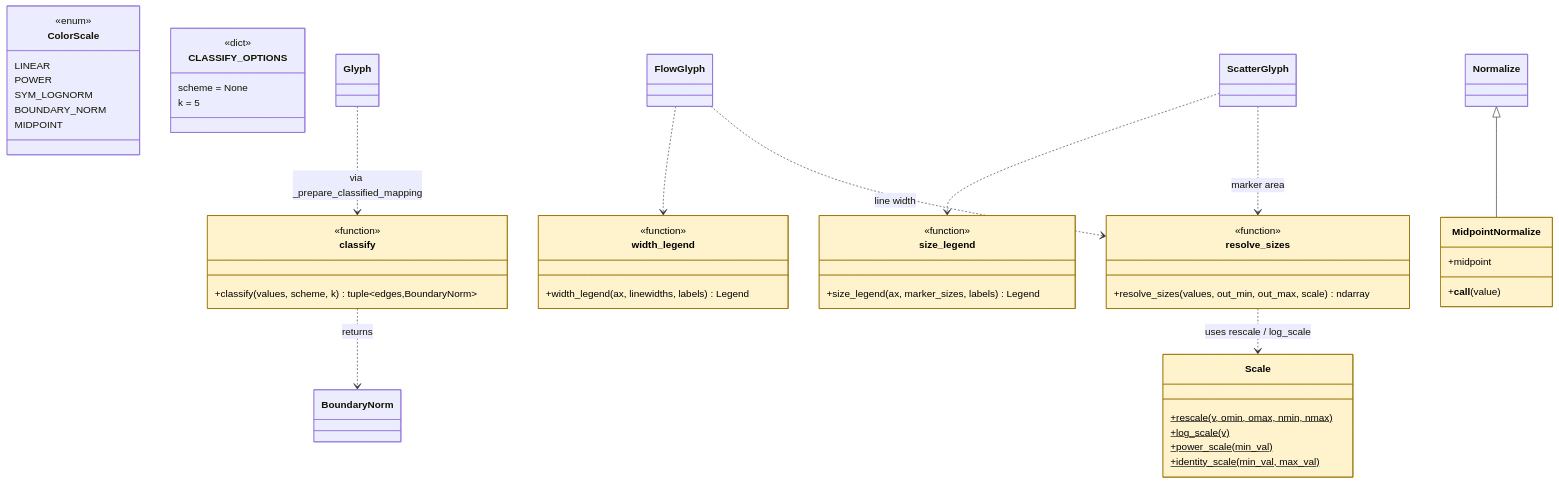
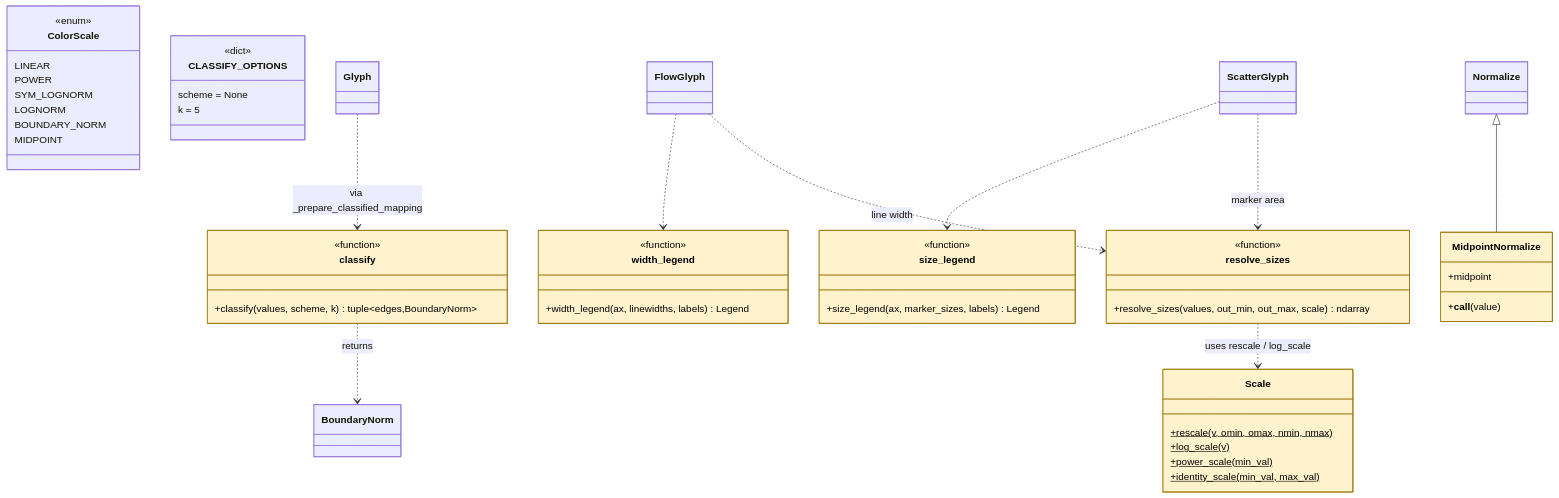
The third of 5 diagrams in docs/diagrams/glyph-architecture.md (serapeum-org/cleopatra), drawn with Mermaid before and after one commit. The commit also changed 14 other files, not shown here.

````diff
--- a/docs/diagrams/glyph-architecture.md
+++ b/docs/diagrams/glyph-architecture.md
@@ -184,58 +184,59 @@
 ```mermaid
 classDiagram
     class classify {
         <<function>>
         +classify(values, scheme, k) tuple~edges,BoundaryNorm~
     }
     class resolve_sizes {
         <<function>>
         +resolve_sizes(values, out_min, out_max, scale) ndarray
     }
     class size_legend {
         <<function>>
         +size_legend(ax, marker_sizes, labels) Legend
     }
     class width_legend {
         <<function>>
         +width_legend(ax, linewidths, labels) Legend
     }
     class Scale {
         +rescale(v, omin, omax, nmin, nmax)$
         +log_scale(v)$
         +power_scale(min_val)$
         +identity_scale(min_val, max_val)$
     }
     class MidpointNormalize {
         +midpoint
         +__call__(value)
     }
     class ColorScale {
         <<enum>>
         LINEAR
         POWER
         SYM_LOGNORM
+        LOGNORM
         BOUNDARY_NORM
         MIDPOINT
     }
     class CLASSIFY_OPTIONS {
         <<dict>>
         scheme = None
         k = 5
     }
 
     Normalize <|-- MidpointNormalize
     classify ..> BoundaryNorm : returns
     resolve_sizes ..> Scale : uses rescale / log_scale
     ScatterGlyph ..> resolve_sizes : marker area
     ScatterGlyph ..> size_legend
     FlowGlyph ..> resolve_sizes : line width
     FlowGlyph ..> width_legend
     Glyph ..> classify : via _prepare_classified_mapping
 
     style classify fill:#fff3cd,stroke:#997404,color:#000
     style resolve_sizes fill:#fff3cd,stroke:#997404,color:#000
     style size_legend fill:#fff3cd,stroke:#997404,color:#000
     style width_legend fill:#fff3cd,stroke:#997404,color:#000
     style Scale fill:#fff3cd,stroke:#997404,color:#000
     style MidpointNormalize fill:#fff3cd,stroke:#997404,color:#000
 ```
````
